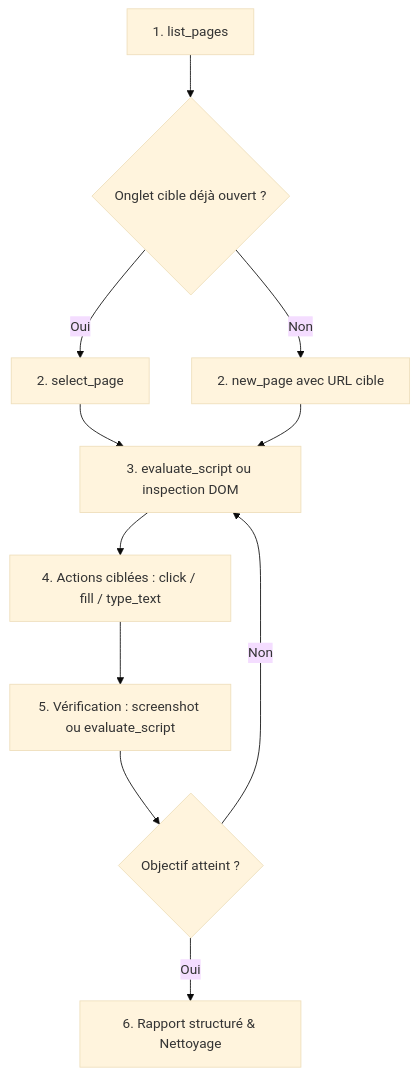
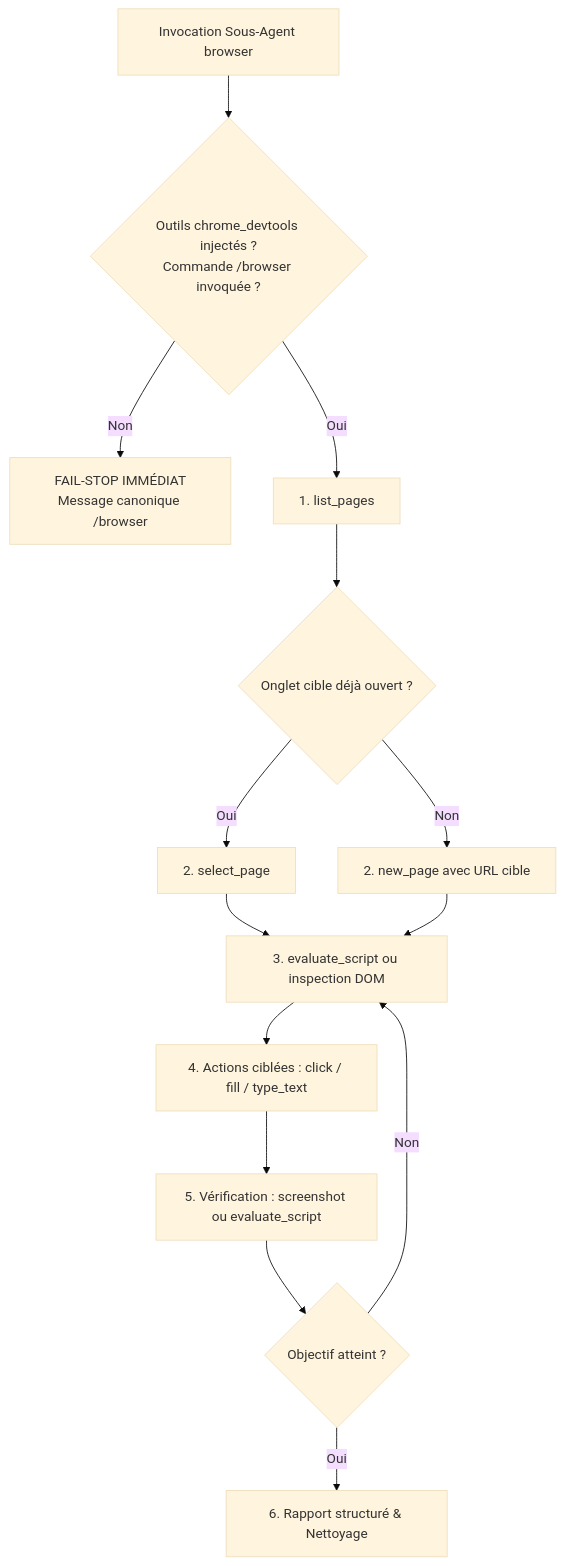
Before and after one commit to hjamet/cursor-memory-bank: the diagram in src/skills/browser/SKILL.md, drawn with Mermaid (base theme). The commit also changed other lines of this file, not shown here.

Commit message:
docs(browser): clarify /browser slash command requirement for tool injection and fail-stop rule

````diff
--- a/src/skills/browser/SKILL.md
+++ b/src/skills/browser/SKILL.md
@@ -64,13 +77,16 @@
 ```mermaid
 flowchart TD
-    A[1. list_pages] --> B{Onglet cible déjà ouvert ?}
+    Start[Invocation Sous-Agent browser] --> Check{Outils chrome_devtools injectés ?<br/>Commande /browser invoquée ?}
+    Check -- Non --> FailStop[FAIL-STOP IMMÉDIAT<br/>Message canonique /browser]
+    Check -- Oui --> A[1. list_pages]
+    A --> B{Onglet cible déjà ouvert ?}
     B -- Oui --> C[2. select_page]
     B -- Non --> D[2. new_page avec URL cible]
     C --> E[3. evaluate_script ou inspection DOM]
     D --> E
     E --> F[4. Actions ciblées : click / fill / type_text]
     F --> G[5. Vérification : screenshot ou evaluate_script]
     G --> H{Objectif atteint ?}
     H -- Non --> E
     H -- Oui --> I[6. Rapport structuré & Nettoyage]
 ```
````
